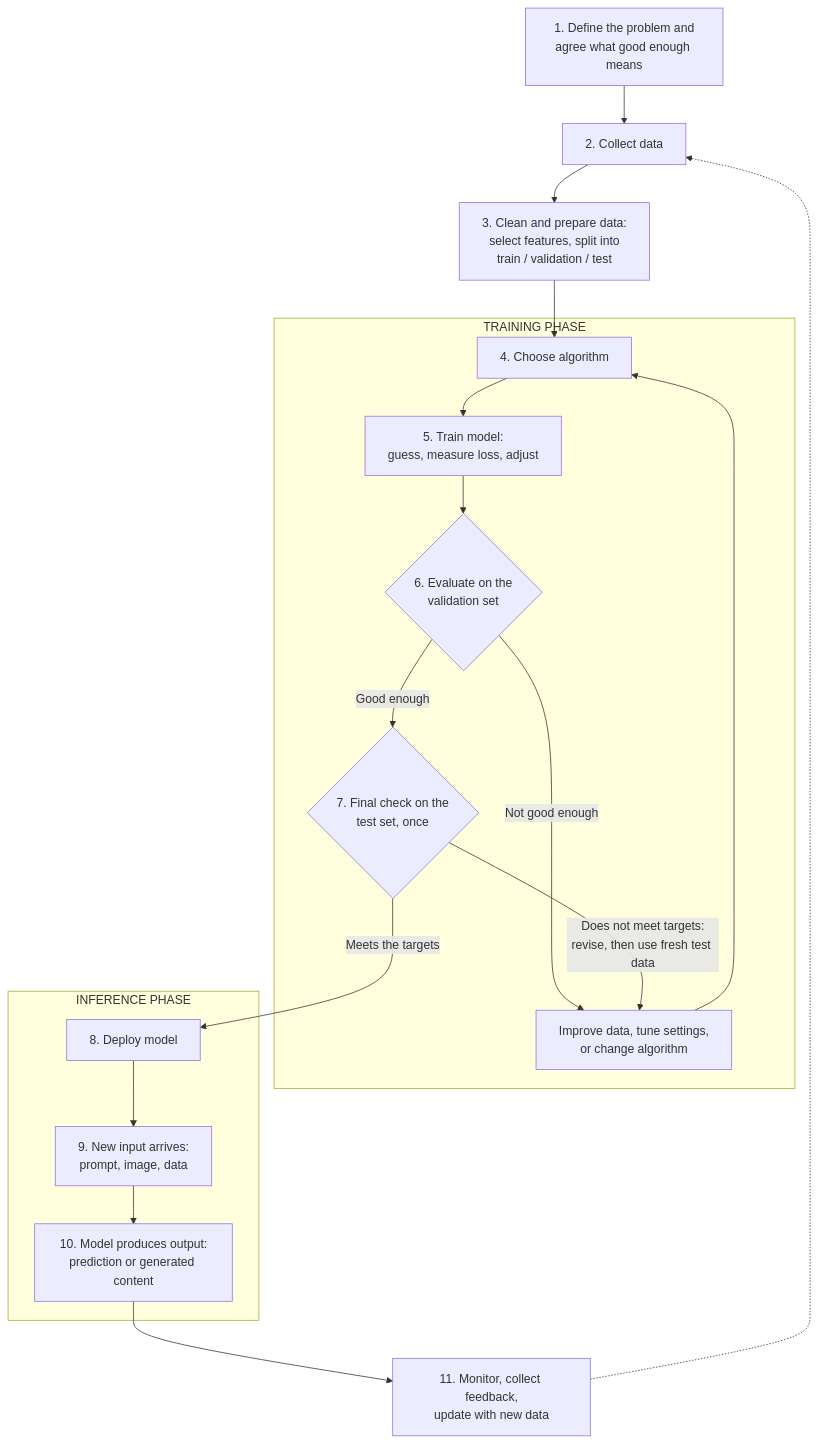
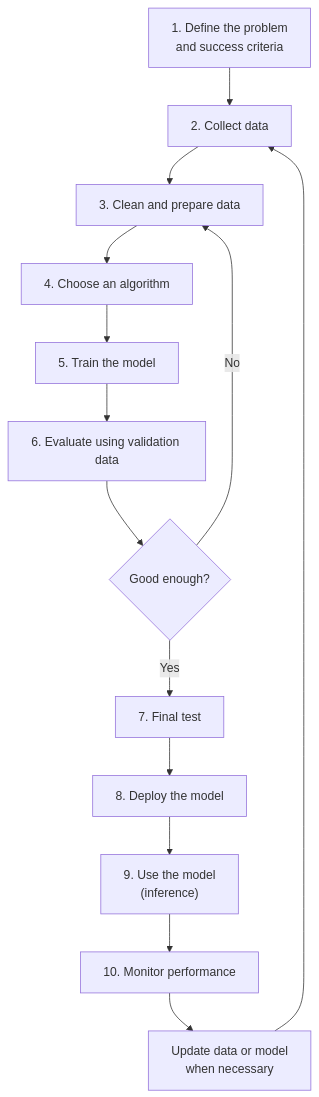
One commit to benngiiii/BABI-GULING changed the third of 3 diagrams in Main/study-guide/V2.0/chapter-3-how-artificial-intelligence-works copy/how-artificial-intelligence-works.md. Above: the diagram before and after it, drawn with Mermaid. The commit also changed other lines of this file, not shown here.

````diff
--- a/Main/study-guide/V2.0/chapter-3-how-artificial-intelligence-works copy/how-artificial-intelligence-works.md
+++ b/Main/study-guide/V2.0/chapter-3-how-artificial-intelligence-works copy/how-artificial-intelligence-works.md
@@ -569,27 +903,19 @@
 ```mermaid
 flowchart TD
-    A["1. Define the problem and<br/>agree what good enough means"]
+    A["1. Define the problem<br/>and success criteria"]
     B["2. Collect data"]
-    C["3. Clean and prepare data:<br/>select features, split into<br/>train / validation / test"]
-    subgraph TRAINING ["TRAINING PHASE"]
-        D["4. Choose algorithm"]
-        E["5. Train model:<br/>guess, measure loss, adjust"]
-        F{"6. Evaluate on the<br/>validation set"}
-        G["Improve data, tune settings,<br/>or change algorithm"]
-        L{"7. Final check on the<br/>test set, once"}
-    end
-    subgraph INFERENCE ["INFERENCE PHASE"]
-        H["8. Deploy model"]
-        I["9. New input arrives:<br/>prompt, image, data"]
-        J["10. Model produces output:<br/>prediction or generated content"]
-    end
-    K["11. Monitor, collect feedback,<br/>update with new data"]
-    A --> B --> C --> D --> E --> F
-    F -- "Not good enough" --> G
-    G --> D
-    F -- "Good enough" --> L
-    L -- "Meets the targets" --> H
-    L -- "Does not meet targets:<br/>revise, then use fresh test data" --> G
-    H --> I --> J --> K
-    K -.-> B
+    C["3. Clean and prepare data"]
+    D["4. Choose an algorithm"]
+    E["5. Train the model"]
+    F["6. Evaluate using validation data"]
+    G{"Good enough?"}
+    H["7. Final test"]
+    I["8. Deploy the model"]
+    J["9. Use the model<br/>(inference)"]
+    K["10. Monitor performance"]
+    L["Update data or model<br/>when necessary"]
+    A --> B --> C --> D --> E --> F --> G
+    G -- No --> C
+    G -- Yes --> H --> I --> J --> K --> L
+    L --> B
 ```
````
